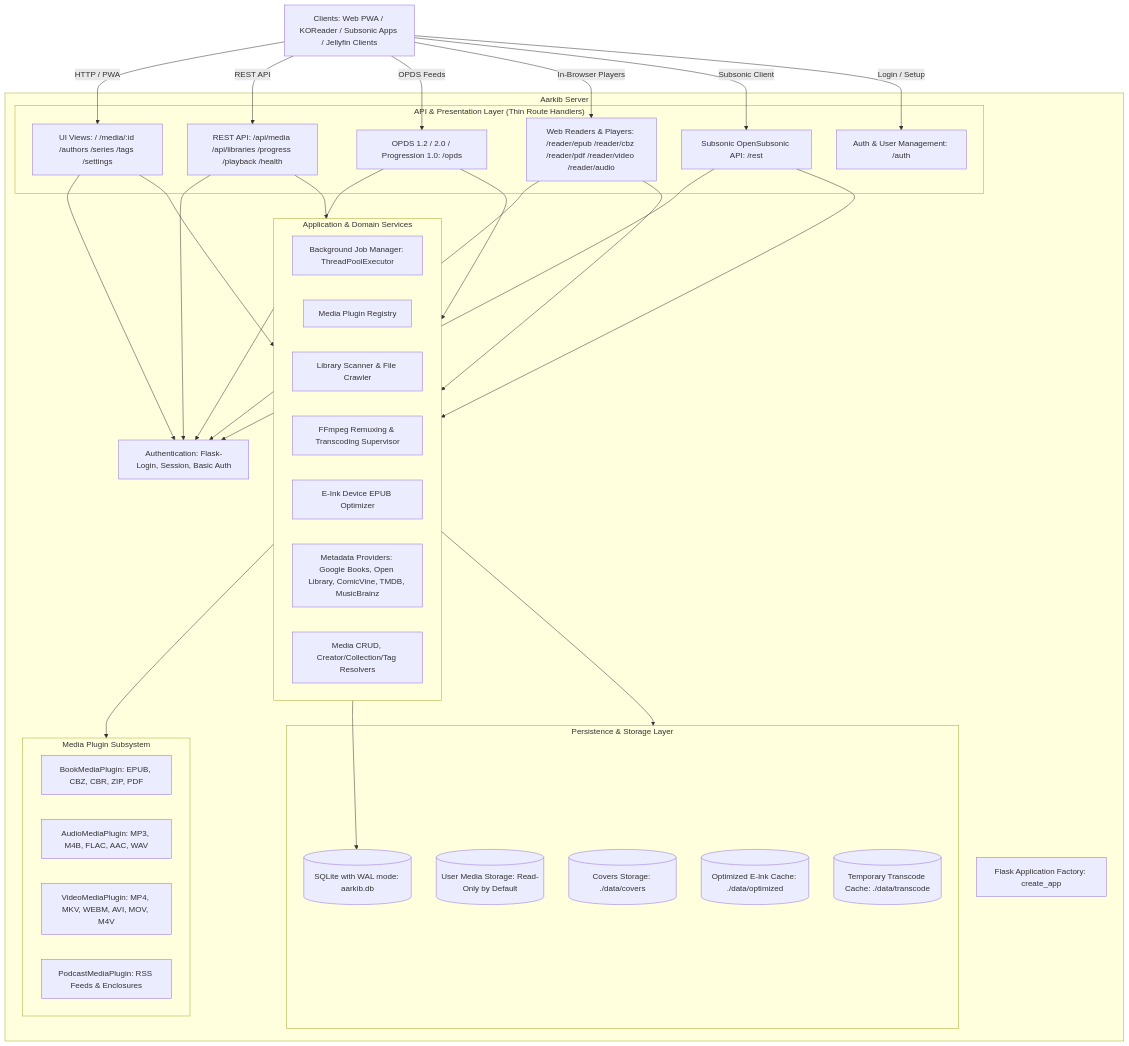
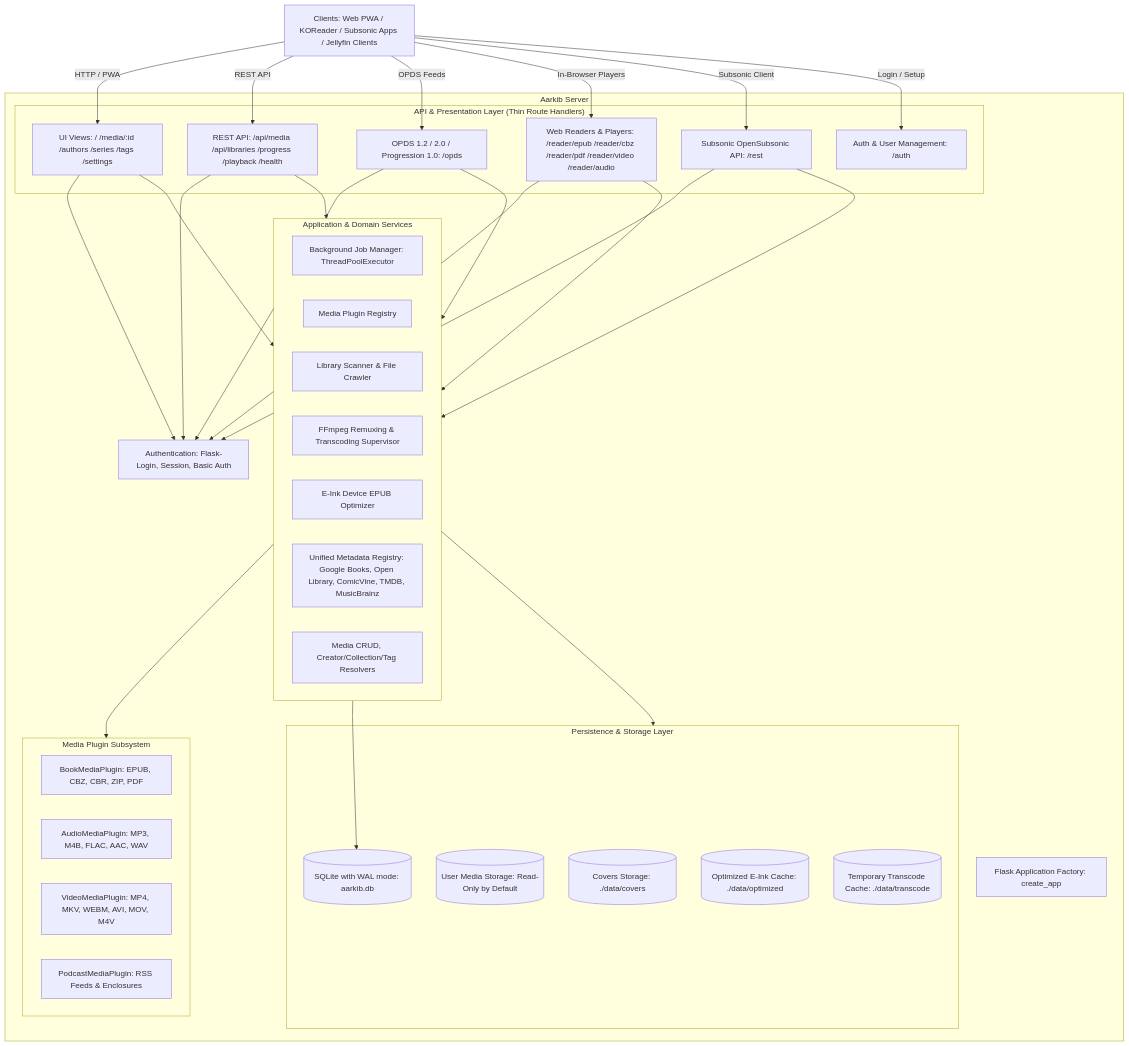
Before and after one commit to syfq91/aarkib: the diagram in AGENTS.md, drawn with Mermaid. The commit also changed other lines of this file and 4 other files, not shown here.

````diff
--- a/AGENTS.md
+++ b/AGENTS.md
@@ -13,66 +13,66 @@
 ```mermaid
 graph TD
     Client[Clients: Web PWA / KOReader / Subsonic Apps / Jellyfin Clients]
     
     subgraph Aarkib Server
         App[Flask Application Factory: create_app]
         Auth[Authentication: Flask-Login, Session, Basic Auth]
         
         subgraph Routes ["API & Presentation Layer (Thin Route Handlers)"]
             UIRoutes[UI Views: / /media/:id /authors /series /tags /settings]
             APIRoutes[REST API: /api/media /api/libraries /progress /playback /health]
             OPDSRoutes[OPDS 1.2 / 2.0 / Progression 1.0: /opds]
             ReaderRoutes[Web Readers & Players: /reader/epub /reader/cbz /reader/pdf /reader/video /reader/audio]
             SubsonicRoutes[Subsonic OpenSubsonic API: /rest]
             AuthRoutes[Auth & User Management: /auth]
         end
         
         subgraph Services ["Application & Domain Services"]
             JobManager[Background Job Manager: ThreadPoolExecutor]
             PluginRegistry[Media Plugin Registry]
             Scanner[Library Scanner & File Crawler]
             Transcoder[FFmpeg Remuxing & Transcoding Supervisor]
             Optimizer[E-Ink Device EPUB Optimizer]
-            Enricher[Metadata Providers: Google Books, Open Library, ComicVine, TMDB, MusicBrainz]
+            Enricher[Unified Metadata Registry: Google Books, Open Library, ComicVine, TMDB, MusicBrainz]
             MediaService[Media CRUD, Creator/Collection/Tag Resolvers]
         end
         
         subgraph Plugins ["Media Plugin Subsystem"]
             BookPlugin[BookMediaPlugin: EPUB, CBZ, CBR, ZIP, PDF]
             AudioPlugin[AudioMediaPlugin: MP3, M4B, FLAC, AAC, WAV]
             VideoPlugin[VideoMediaPlugin: MP4, MKV, WEBM, AVI, MOV, M4V]
             PodcastPlugin[PodcastMediaPlugin: RSS Feeds & Enclosures]
         end
         
         subgraph Storage ["Persistence & Storage Layer"]
             DB[(SQLite with WAL mode: aarkib.db)]
             MediaDir[(User Media Storage: Read-Only by Default)]
             CoversDir[(Covers Storage: ./data/covers)]
             OptimizedDir[(Optimized E-Ink Cache: ./data/optimized)]
             TranscodeDir[(Temporary Transcode Cache: ./data/transcode)]
         end
     end
 
     Client -->|HTTP / PWA| UIRoutes
     Client -->|REST API| APIRoutes
     Client -->|OPDS Feeds| OPDSRoutes
     Client -->|In-Browser Players| ReaderRoutes
     Client -->|Subsonic Client| SubsonicRoutes
     Client -->|Login / Setup| AuthRoutes
     
     UIRoutes --> Auth
     APIRoutes --> Auth
     OPDSRoutes --> Auth
     ReaderRoutes --> Auth
     SubsonicRoutes --> Auth
     
     APIRoutes --> Services
     UIRoutes --> Services
     ReaderRoutes --> Services
     OPDSRoutes --> Services
     SubsonicRoutes --> Services
     
     Services --> Plugins
     Services --> DB
     Services --> Storage
 ```
````
